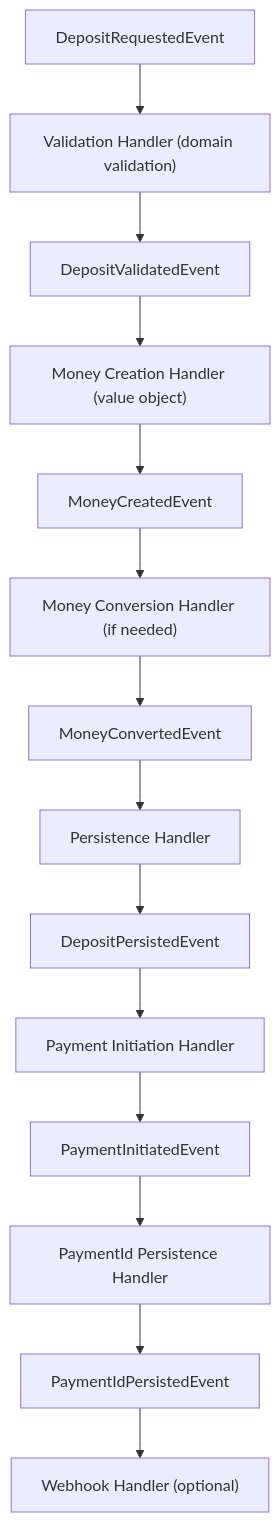
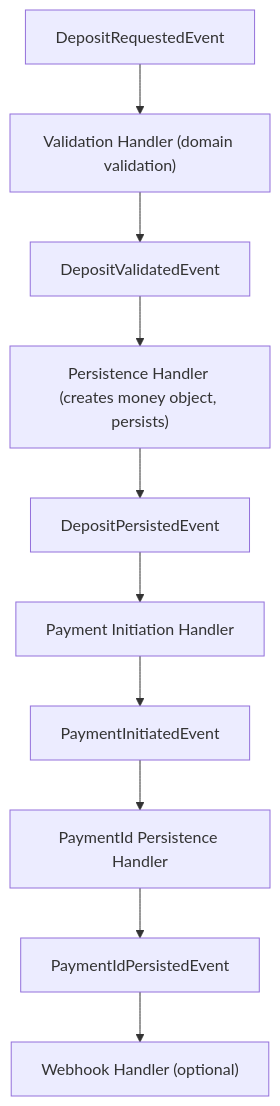
The second of 2 diagrams in docs/refactoring/event-driven-deposit-flow.md (amirasaad/fintech), drawn with Mermaid before and after one commit. The commit also changed other lines of this file and 47 other files, not shown here.

First line of the commit message:
refactor(deposit):  utilize TransactionCommand DTO and enhance event-driven architecture

````diff
--- a/docs/refactoring/event-driven-deposit-flow.md
+++ b/docs/refactoring/event-driven-deposit-flow.md
@@ -59,16 +52,12 @@
 ```mermaid
 flowchart TD
     A["DepositRequestedEvent"] --> B["Validation Handler (domain validation)"]
     B --> C["DepositValidatedEvent"]
-    C --> D["Money Creation Handler (value object)"]
-    D --> E["MoneyCreatedEvent"]
-    E --> F["Money Conversion Handler (if needed)"]
-    F --> G["MoneyConvertedEvent"]
-    G --> H["Persistence Handler"]
-    H --> I["DepositPersistedEvent"]
-    I --> J["Payment Initiation Handler"]
-    J --> K["PaymentInitiatedEvent"]
-    K --> L["PaymentId Persistence Handler"]
-    L --> M["PaymentIdPersistedEvent"]
-    M --> N["Webhook Handler (optional)"]
+    C --> D["Persistence Handler (creates money object, persists)"]
+    D --> E["DepositPersistedEvent"]
+    E --> F["Payment Initiation Handler"]
+    F --> G["PaymentInitiatedEvent"]
+    G --> H["PaymentId Persistence Handler"]
+    H --> I["PaymentIdPersistedEvent"]
+    I --> J["Webhook Handler (optional)"]
 ```
````
